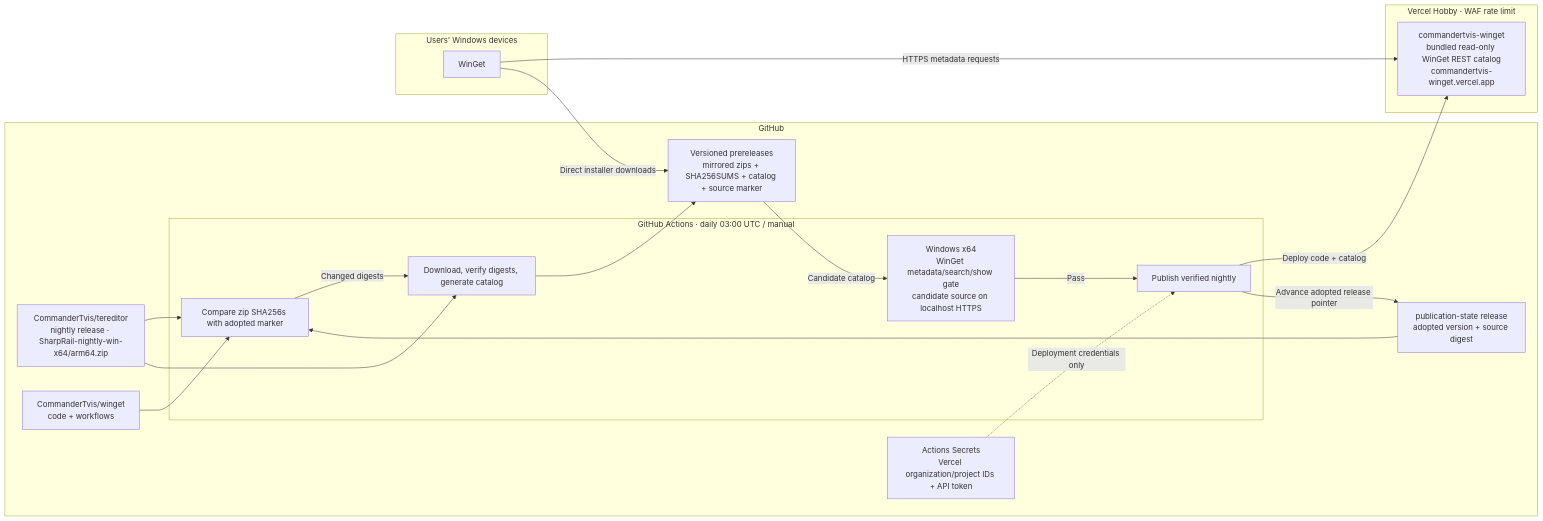
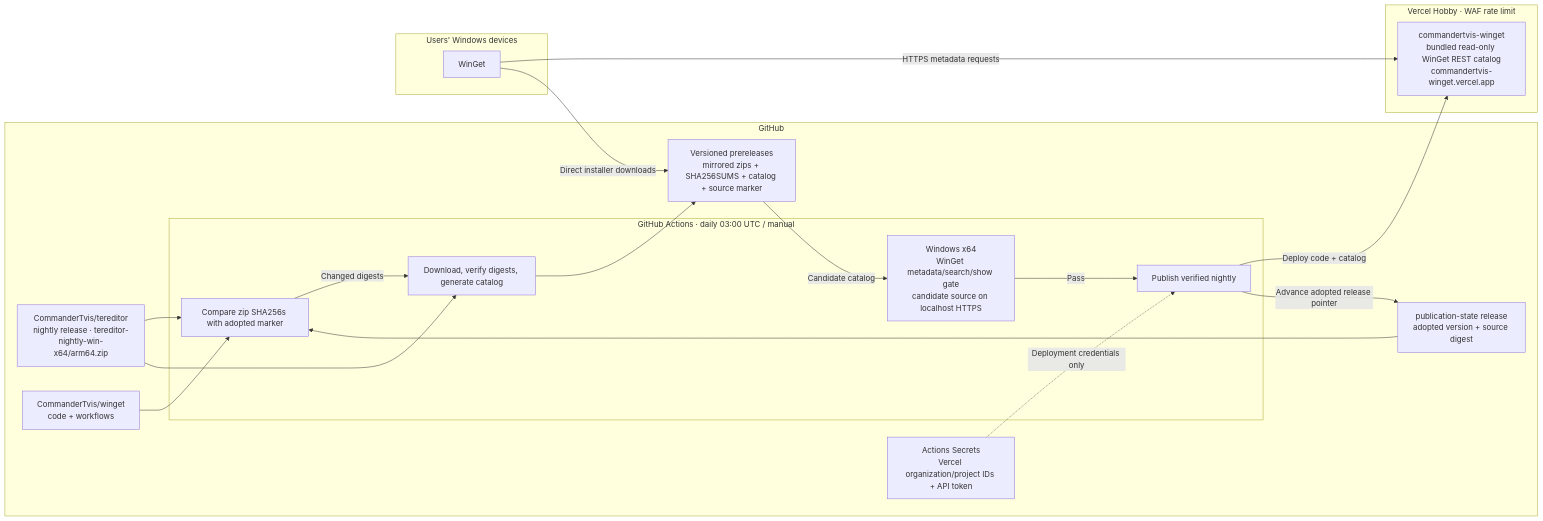
Before and after one commit to CommanderTvis/winget-thinkrail: the diagram in architecture.md, drawn with Mermaid. The commit also changed other lines of this file and 8 other files, not shown here.

````diff
--- a/architecture.md
+++ b/architecture.md
@@ -31,38 +31,38 @@
 ```mermaid
 flowchart LR
   subgraph GitHub["GitHub"]
-    upstream["CommanderTvis/tereditor<br/>nightly release · SharpRail-nightly-win-x64/arm64.zip"]
+    upstream["CommanderTvis/tereditor<br/>nightly release · tereditor-nightly-win-x64/arm64.zip"]
     repo["CommanderTvis/winget<br/>code + workflows"]
     subgraph CI["GitHub Actions · daily 03:00 UTC / manual"]
       compare["Compare zip SHA256s with adopted marker"]
       mirror["Download, verify digests, generate catalog"]
       gates["Windows x64<br/>WinGet metadata/search/show gate<br/>candidate source on localhost HTTPS"]
       publish["Publish verified nightly"]
     end
     releases["Versioned prereleases<br/>mirrored zips + SHA256SUMS + catalog + source marker"]
     state["publication-state release<br/>adopted version + source digest"]
     secrets["Actions Secrets<br/>Vercel organization/project IDs + API token"]
   end
 
   subgraph Vercel["Vercel Hobby · WAF rate limit"]
     source["commandertvis-winget<br/>bundled read-only WinGet REST catalog<br/>commandertvis-winget.vercel.app"]
   end
 
   subgraph Windows["Users' Windows devices"]
     winget["WinGet"]
   end
 
   upstream --> compare
   repo --> compare
   state --> compare
   compare -->|Changed digests| mirror
   upstream --> mirror
   mirror --> releases
   releases -->|Candidate catalog| gates
   gates -->|Pass| publish
   secrets -.->|Deployment credentials only| publish
   publish -->|Deploy code + catalog| source
   publish -->|Advance adopted release pointer| state
   winget -->|HTTPS metadata requests| source
   winget -->|Direct installer downloads| releases
 ```
````
